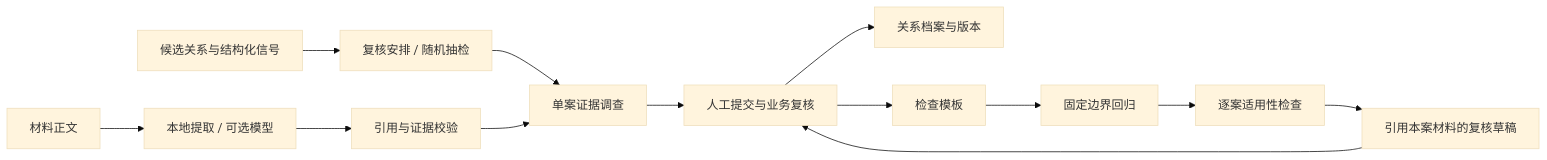
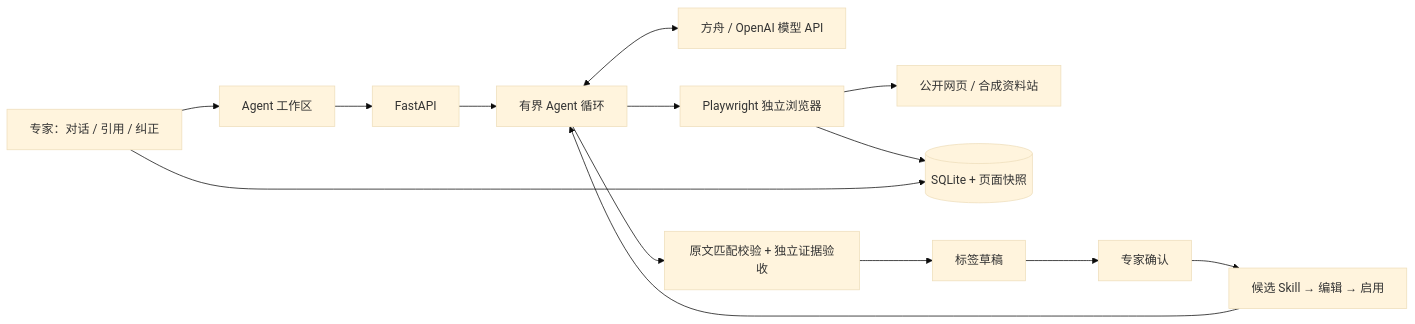
The diagram in README.md (chloe050918/Linkdesk), drawn with Mermaid (base theme) before and after one commit. The commit also changed other lines of this file and 36 other files, not shown here.

````diff
--- a/README.md
+++ b/README.md
@@ -189,15 +110,16 @@
 ```mermaid
 flowchart LR
-    Q[候选关系与结构化信号] --> O[复核安排 / 随机抽检]
-    O --> C[单案证据调查]
-    M[材料正文] --> E[本地提取 / 可选模型]
-    E --> V[引用与证据校验]
-    V --> C
-    C --> H[人工提交与业务复核]
-    H --> A[关系档案与版本]
-    H --> P[检查模板]
-    P --> T[固定边界回归]
-    T --> R[逐案适用性检查]
-    R --> D[引用本案材料的复核草稿]
-    D --> H
+    U[专家：对话 / 引用 / 纠正] --> UI[Agent 工作区]
+    UI --> API[FastAPI]
+    API --> R[有界 Agent 循环]
+    R <--> M[方舟 / OpenAI 模型 API]
+    R --> B[Playwright 独立浏览器]
+    B --> W[公开网页 / 合成资料站]
+    B --> S[(SQLite + 页面快照)]
+    R --> V[原文匹配校验 + 独立证据验收]
+    V --> D[标签草稿]
+    D --> H[专家确认]
+    H --> K[候选 Skill → 编辑 → 启用]
+    K --> R
+    U --> S
 ```
````
